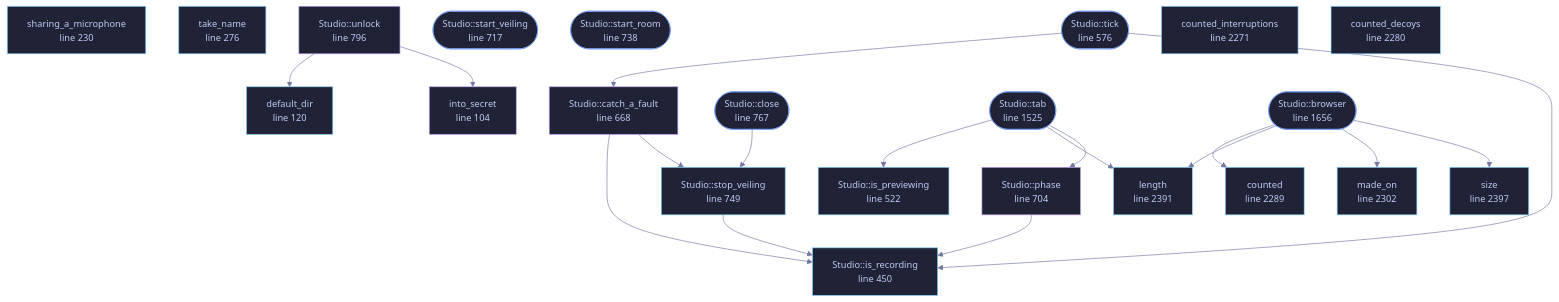
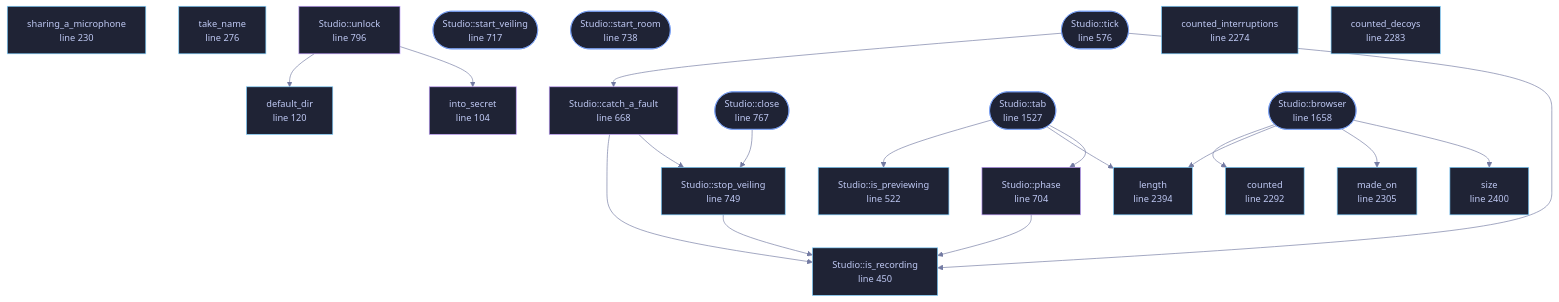
One commit to tilas01/veilvoice changed the diagram in wiki/File-veilvoice-gui-studio.md. Above: the diagram before and after it, drawn with Mermaid. The commit also changed other lines of this file and 47 other files, not shown here.

````diff
--- a/wiki/File-veilvoice-gui-studio.md
+++ b/wiki/File-veilvoice-gui-studio.md
@@ -173,70 +173,70 @@
 ```mermaid
 %%{init: {"theme":"base","themeVariables":{"background":"#1a1b26","primaryColor":"#1f2335","primaryTextColor":"#c0caf5","primaryBorderColor":"#7aa2f7","secondaryColor":"#16161e","tertiaryColor":"#16161e","lineColor":"#737aa2","textColor":"#c0caf5","mainBkg":"#1f2335","nodeBorder":"#7aa2f7","clusterBkg":"#16161e","clusterBorder":"#2f3549","fontFamily":"ui-monospace, SFMono-Regular, Consolas, monospace","fontSize":"14px"}}}%%
 flowchart TD
     n_into_secret["into_secret<br/>line 104"]
     n_default_dir["default_dir<br/>line 120"]
     n_sharing_a_microphone["sharing_a_microphone<br/>line 230"]
     n_take_name["take_name<br/>line 276"]
     n_is_recording["Studio::is_recording<br/>line 450"]
     n_is_previewing["Studio::is_previewing<br/>line 522"]
     n_tick(["Studio::tick<br/>line 576"])
     n_catch_a_fault["Studio::catch_a_fault<br/>line 668"]
     n_phase["Studio::phase<br/>line 704"]
     n_start_veiling(["Studio::start_veiling<br/>line 717"])
     n_start_room(["Studio::start_room<br/>line 738"])
     n_stop_veiling["Studio::stop_veiling<br/>line 749"]
     n_close(["Studio::close<br/>line 767"])
     n_unlock["Studio::unlock<br/>line 796"]
-    n_tab(["Studio::tab<br/>line 1525"])
-    n_browser(["Studio::browser<br/>line 1656"])
-    n_counted_interruptions["counted_interruptions<br/>line 2271"]
-    n_counted_decoys["counted_decoys<br/>line 2280"]
-    n_counted["counted<br/>line 2289"]
-    n_made_on["made_on<br/>line 2302"]
-    n_length["length<br/>line 2391"]
-    n_size["size<br/>line 2397"]
+    n_tab(["Studio::tab<br/>line 1527"])
+    n_browser(["Studio::browser<br/>line 1658"])
+    n_counted_interruptions["counted_interruptions<br/>line 2274"]
+    n_counted_decoys["counted_decoys<br/>line 2283"]
+    n_counted["counted<br/>line 2292"]
+    n_made_on["made_on<br/>line 2305"]
+    n_length["length<br/>line 2394"]
+    n_size["size<br/>line 2400"]
     n_browser --> n_counted
     n_browser --> n_length
     n_browser --> n_made_on
     n_browser --> n_size
     n_catch_a_fault --> n_is_recording
     n_catch_a_fault --> n_stop_veiling
     n_close --> n_stop_veiling
     n_phase --> n_is_recording
     n_stop_veiling --> n_is_recording
     n_tab --> n_is_previewing
     n_tab --> n_length
     n_tab --> n_phase
     n_tick --> n_catch_a_fault
     n_tick --> n_is_recording
     n_unlock --> n_default_dir
     n_unlock --> n_into_secret
     click n_into_secret href "https://github.com/tilas01/veilvoice/blob/main/crates/veilvoice-gui/src/studio.rs#L104" "open the source"
     click n_default_dir href "https://github.com/tilas01/veilvoice/blob/main/crates/veilvoice-gui/src/studio.rs#L120" "open the source"
     click n_sharing_a_microphone href "https://github.com/tilas01/veilvoice/blob/main/crates/veilvoice-gui/src/studio.rs#L230" "open the source"
     click n_take_name href "https://github.com/tilas01/veilvoice/blob/main/crates/veilvoice-gui/src/studio.rs#L276" "open the source"
     click n_is_recording href "https://github.com/tilas01/veilvoice/blob/main/crates/veilvoice-gui/src/studio.rs#L450" "open the source"
     click n_is_previewing href "https://github.com/tilas01/veilvoice/blob/main/crates/veilvoice-gui/src/studio.rs#L522" "open the source"
     click n_tick href "https://github.com/tilas01/veilvoice/blob/main/crates/veilvoice-gui/src/studio.rs#L576" "open the source"
     click n_catch_a_fault href "https://github.com/tilas01/veilvoice/blob/main/crates/veilvoice-gui/src/studio.rs#L668" "open the source"
     click n_phase href "https://github.com/tilas01/veilvoice/blob/main/crates/veilvoice-gui/src/studio.rs#L704" "open the source"
     click n_start_veiling href "https://github.com/tilas01/veilvoice/blob/main/crates/veilvoice-gui/src/studio.rs#L717" "open the source"
     click n_start_room href "https://github.com/tilas01/veilvoice/blob/main/crates/veilvoice-gui/src/studio.rs#L738" "open the source"
     click n_stop_veiling href "https://github.com/tilas01/veilvoice/blob/main/crates/veilvoice-gui/src/studio.rs#L749" "open the source"
     click n_close href "https://github.com/tilas01/veilvoice/blob/main/crates/veilvoice-gui/src/studio.rs#L767" "open the source"
     click n_unlock href "https://github.com/tilas01/veilvoice/blob/main/crates/veilvoice-gui/src/studio.rs#L796" "open the source"
-    click n_tab href "https://github.com/tilas01/veilvoice/blob/main/crates/veilvoice-gui/src/studio.rs#L1525" "open the source"
-    click n_browser href "https://github.com/tilas01/veilvoice/blob/main/crates/veilvoice-gui/src/studio.rs#L1656" "open the source"
-    click n_counted_interruptions href "https://github.com/tilas01/veilvoice/blob/main/crates/veilvoice-gui/src/studio.rs#L2271" "open the source"
-    click n_counted_decoys href "https://github.com/tilas01/veilvoice/blob/main/crates/veilvoice-gui/src/studio.rs#L2280" "open the source"
-    click n_counted href "https://github.com/tilas01/veilvoice/blob/main/crates/veilvoice-gui/src/studio.rs#L2289" "open the source"
-    click n_made_on href "https://github.com/tilas01/veilvoice/blob/main/crates/veilvoice-gui/src/studio.rs#L2302" "open the source"
-    click n_length href "https://github.com/tilas01/veilvoice/blob/main/crates/veilvoice-gui/src/studio.rs#L2391" "open the source"
-    click n_size href "https://github.com/tilas01/veilvoice/blob/main/crates/veilvoice-gui/src/studio.rs#L2397" "open the source"
+    click n_tab href "https://github.com/tilas01/veilvoice/blob/main/crates/veilvoice-gui/src/studio.rs#L1527" "open the source"
+    click n_browser href "https://github.com/tilas01/veilvoice/blob/main/crates/veilvoice-gui/src/studio.rs#L1658" "open the source"
+    click n_counted_interruptions href "https://github.com/tilas01/veilvoice/blob/main/crates/veilvoice-gui/src/studio.rs#L2274" "open the source"
+    click n_counted_decoys href "https://github.com/tilas01/veilvoice/blob/main/crates/veilvoice-gui/src/studio.rs#L2283" "open the source"
+    click n_counted href "https://github.com/tilas01/veilvoice/blob/main/crates/veilvoice-gui/src/studio.rs#L2292" "open the source"
+    click n_made_on href "https://github.com/tilas01/veilvoice/blob/main/crates/veilvoice-gui/src/studio.rs#L2305" "open the source"
+    click n_length href "https://github.com/tilas01/veilvoice/blob/main/crates/veilvoice-gui/src/studio.rs#L2394" "open the source"
+    click n_size href "https://github.com/tilas01/veilvoice/blob/main/crates/veilvoice-gui/src/studio.rs#L2400" "open the source"
     classDef entry fill:#1f2335,stroke:#7aa2f7,color:#c0caf5
     class n_tick,n_start_veiling,n_start_room,n_close,n_tab,n_browser entry
     classDef api fill:#1f2335,stroke:#7dcfff,color:#c0caf5
     class n_default_dir,n_sharing_a_microphone,n_take_name,n_is_recording,n_is_previewing,n_stop_veiling,n_counted_interruptions,n_counted_decoys,n_counted,n_made_on,n_length,n_size api
     classDef helper fill:#1f2335,stroke:#bb9af7,color:#c0caf5
     class n_into_secret,n_catch_a_fault,n_phase,n_unlock helper
 ```
````
